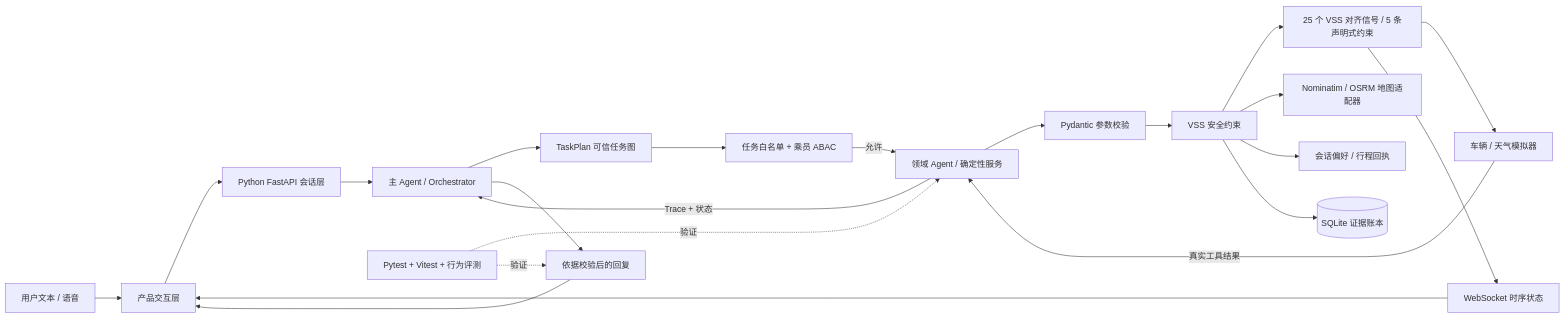
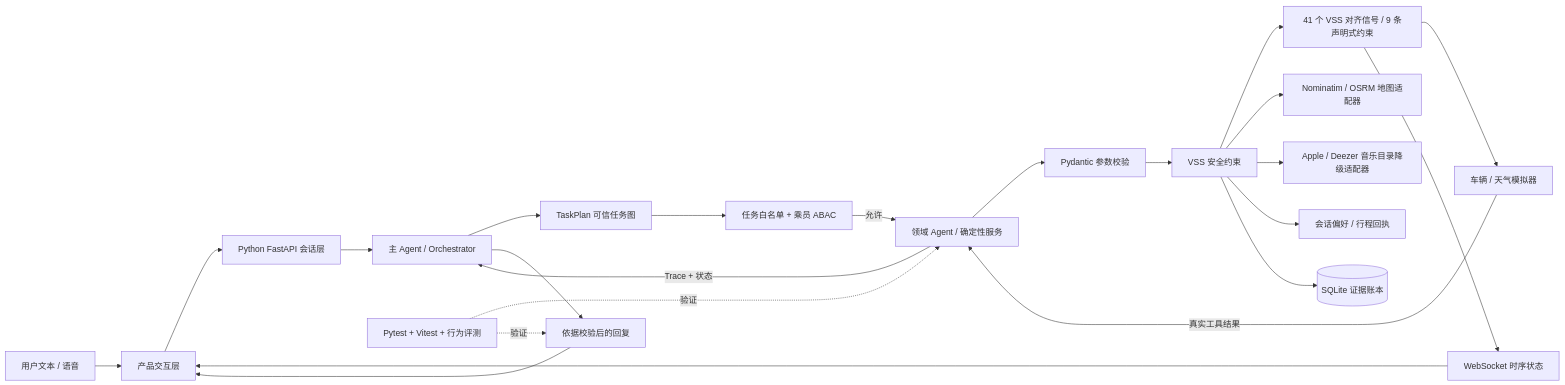
The diagram in README.md (whisper621/CabinGuard), drawn with Mermaid before and after one commit. The commit also changed other lines of this file and 42 other files, not shown here.

````diff
--- a/README.md
+++ b/README.md
@@ -125,25 +130,26 @@
 ```mermaid
 flowchart LR
     U[用户文本 / 语音] --> UI[产品交互层]
     UI --> S[Python FastAPI 会话层]
     S --> LLM[主 Agent / Orchestrator]
     LLM --> PLAN[TaskPlan 可信任务图]
     PLAN --> P[任务白名单 + 乘员 ABAC]
     P -->|允许| EX[领域 Agent / 确定性服务]
     EX --> V[Pydantic 参数校验]
     V --> G[VSS 安全约束]
-    G --> VSS[25 个 VSS 对齐信号 / 5 条声明式约束]
+    G --> VSS[41 个 VSS 对齐信号 / 9 条声明式约束]
     VSS --> SIM[车辆 / 天气模拟器]
     G --> MAP[Nominatim / OSRM 地图适配器]
+    G --> MEDIA[Apple / Deezer 音乐目录降级适配器]
     G --> MEM[会话偏好 / 行程回执]
     G --> EVT[(SQLite 证据账本)]
     VSS --> WS[WebSocket 时序状态]
     WS --> UI
     SIM -->|真实工具结果| EX
     EX -->|Trace + 状态| LLM
     LLM --> R[依据校验后的回复]
     R --> UI
 
     T[Pytest + Vitest + 行为评测] -.验证.-> EX
     T -.验证.-> R
 ```
````
